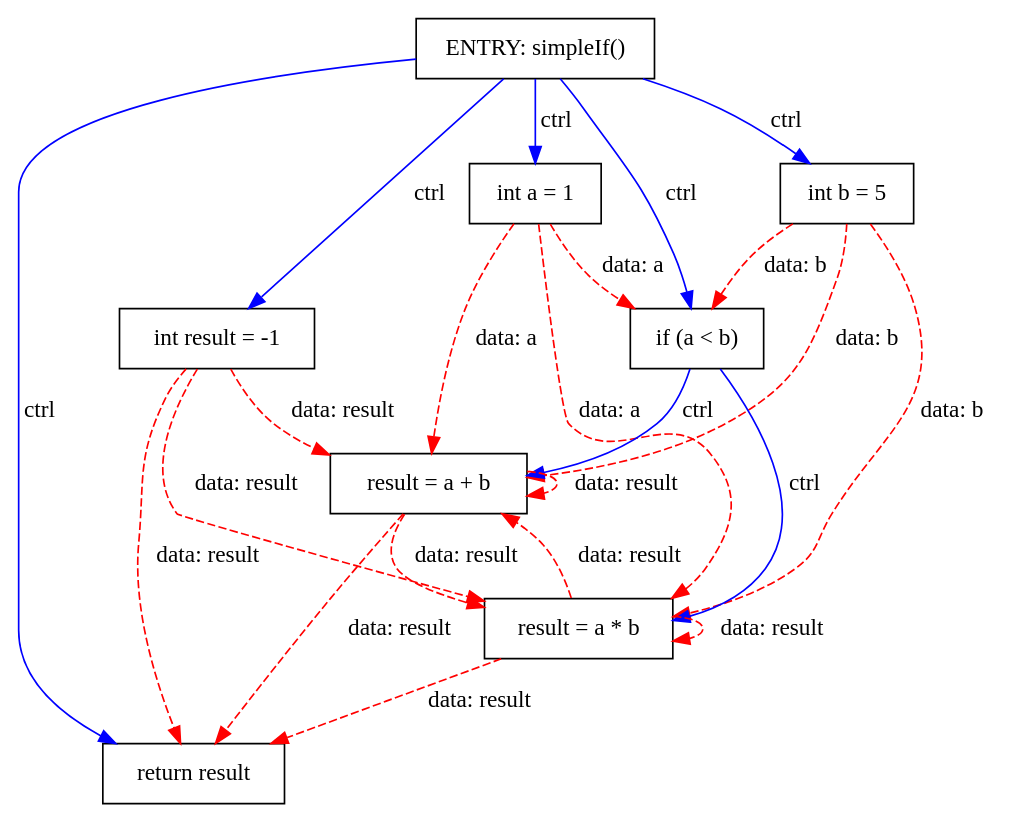
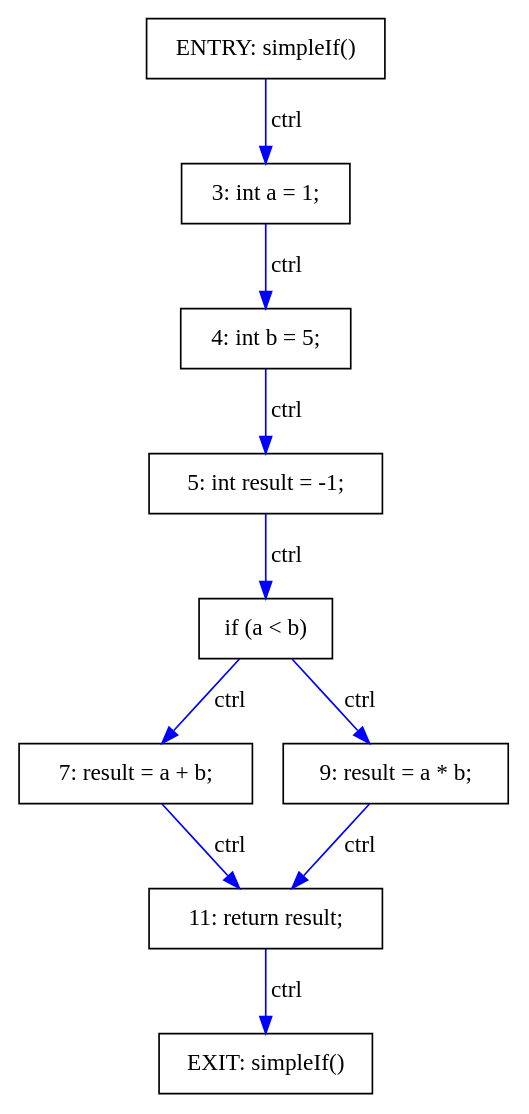
One commit to khaser/java-pdg changed the diagram in results/SimpleIf.dot. Above: the diagram before and after it, drawn with Graphviz. The commit also changed 16 other files, not shown here.

```diff
--- a/results/SimpleIf.dot
+++ b/results/SimpleIf.dot
@@ -1,36 +1,24 @@
 digraph PDG {
   rankdir=TB;
   node [shape=box];
 
   node0 [label="ENTRY: simpleIf()"];
-  node1 [label="int a = 1"];
-  node2 [label="int b = 5"];
-  node3 [label="int result = -1"];
-  node4 [label="if (a < b)"];
-  node5 [label="result = a + b"];
-  node6 [label="result = a * b"];
-  node7 [label="return result"];
+  node1 [label="EXIT: simpleIf()"];
+  node2 [label="3: int a = 1;"];
+  node3 [label="4: int b = 5;"];
+  node4 [label="5: int result = -1;"];
+  node5 [label="if (a < b)"];
+  node6 [label="7: result = a + b;"];
+  node7 [label="9: result = a * b;"];
+  node8 [label="11: return result;"];
 
-  node0 -> node1 [label="ctrl", color=blue];
+  node5 -> node6 [label="ctrl", color=blue];
+  node5 -> node7 [label="ctrl", color=blue];
   node0 -> node2 [label="ctrl", color=blue];
-  node0 -> node3 [label="ctrl", color=blue];
-  node0 -> node4 [label="ctrl", color=blue];
+  node2 -> node3 [label="ctrl", color=blue];
+  node3 -> node4 [label="ctrl", color=blue];
   node4 -> node5 [label="ctrl", color=blue];
-  node4 -> node6 [label="ctrl", color=blue];
-  node0 -> node7 [label="ctrl", color=blue];
-  node3 -> node5 [label="data: result", color=red, style=dashed];
-  node5 -> node5 [label="data: result", color=red, style=dashed];
-  node6 -> node5 [label="data: result", color=red, style=dashed];
-  node1 -> node5 [label="data: a", color=red, style=dashed];
-  node2 -> node5 [label="data: b", color=red, style=dashed];
-  node3 -> node6 [label="data: result", color=red, style=dashed];
-  node5 -> node6 [label="data: result", color=red, style=dashed];
-  node6 -> node6 [label="data: result", color=red, style=dashed];
-  node1 -> node6 [label="data: a", color=red, style=dashed];
-  node2 -> node6 [label="data: b", color=red, style=dashed];
-  node3 -> node7 [label="data: result", color=red, style=dashed];
-  node5 -> node7 [label="data: result", color=red, style=dashed];
-  node6 -> node7 [label="data: result", color=red, style=dashed];
-  node1 -> node4 [label="data: a", color=red, style=dashed];
-  node2 -> node4 [label="data: b", color=red, style=dashed];
+  node6 -> node8 [label="ctrl", color=blue];
+  node7 -> node8 [label="ctrl", color=blue];
+  node8 -> node1 [label="ctrl", color=blue];
 }
```
